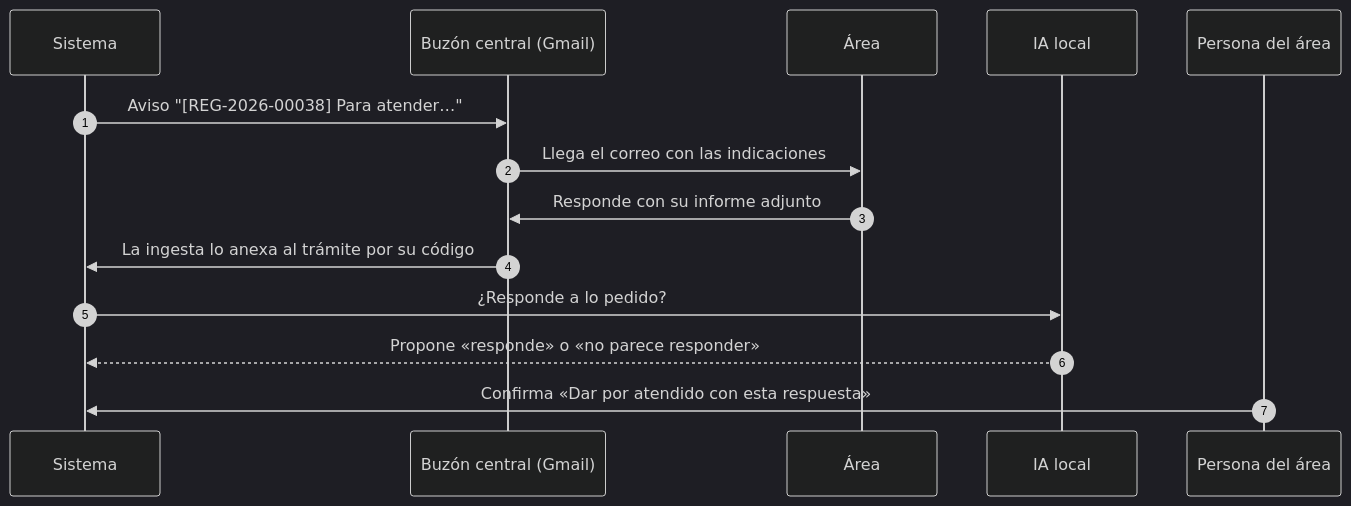
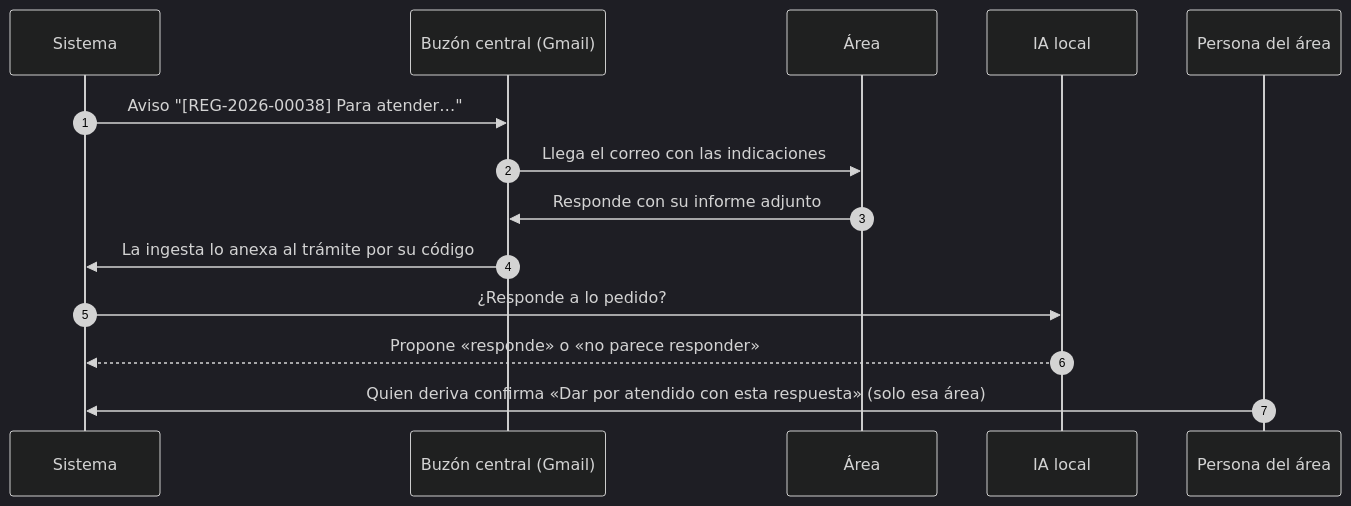
Before and after one commit to RedyDelgado/tramite_documentario_llm: the second of 5 diagrams in README.md, drawn with Mermaid (dark theme). The commit also changed other lines of this file and 21 other files, not shown here.

First line of the commit message:
fix(correo): avisos de derivación por Gmail, respuesta por área, IA sin internet y sin modal en blanco

````diff
--- a/README.md
+++ b/README.md
@@ -68,16 +68,16 @@
 ```mermaid
 sequenceDiagram
     autonumber
     participant S as Sistema
     participant B as Buzón central (Gmail)
     participant A as Área
     participant IA as IA local
     participant P as Persona del área
     S->>B: Aviso "[REG-2026-00038] Para atender…"
     B->>A: Llega el correo con las indicaciones
     A->>B: Responde con su informe adjunto
     B->>S: La ingesta lo anexa al trámite por su código
     S->>IA: ¿Responde a lo pedido?
     IA-->>S: Propone «responde» o «no parece responder»
-    P->>S: Confirma «Dar por atendido con esta respuesta»
+    P->>S: Quien deriva confirma «Dar por atendido con esta respuesta» (solo esa área)
 ```
````
